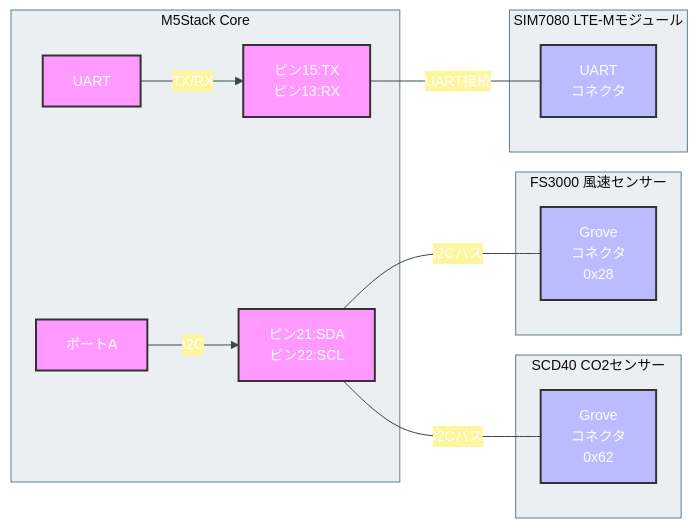
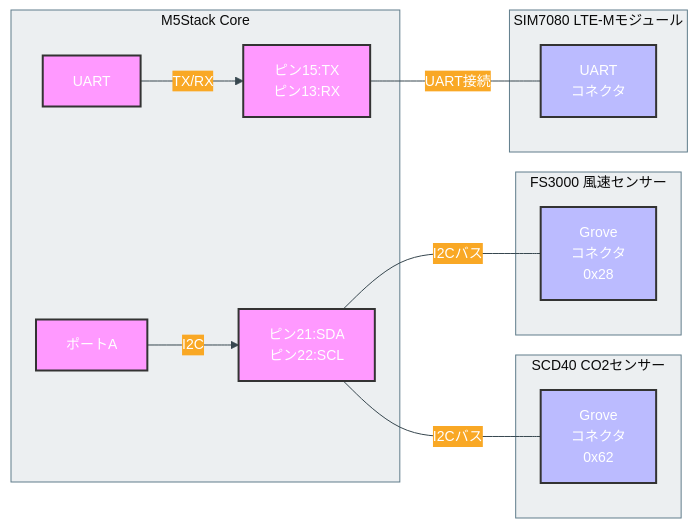
One commit to takao2704/M5stack-CO2Monitor-LTEM changed the second of 2 diagrams in README.md. Above: the diagram before and after it, drawn with Mermaid. The commit also changed other lines of this file, not shown here.

Commit message:
docs(readme): increase Mermaid edge label background contrast to #F9A825 for better readability with white text

````diff
--- a/README.md
+++ b/README.md
@@ -67,43 +67,43 @@
 ```mermaid
 %%{init: {'theme':'base', 'themeVariables': {
   'primaryColor':'#1565C0', 'primaryTextColor':'#ffffff', 'primaryBorderColor':'#0D47A1',
   'secondaryColor':'#2E7D32', 'secondaryTextColor':'#ffffff',
   'tertiaryColor':'#F5F5F5', 'lineColor':'#37474F', 'textColor':'#212121',
   'fontSize':'14px', 'fontFamily':'Inter, Roboto, Helvetica, Arial',
   'clusterBkg':'#ECEFF1', 'clusterBorder':'#607D8B',
-  'edgeLabelBackground':'#FFF59D',
+  'edgeLabelBackground':'#F9A825',
   'error':'#C62828', 'errorTextColor':'#ffffff',
   'warning':'#EF6C00', 'warningTextColor':'#ffffff',
   'success':'#2E7D32', 'successTextColor':'#ffffff'
 }}}%%
 graph LR
     subgraph "M5Stack Core"
         A[ポートA] -->|I2C| B[ピン21:SDA<br>ピン22:SCL]
         C[UART] -->|TX/RX| D[ピン15:TX<br>ピン13:RX]
     end
     
     subgraph "SCD40 CO2センサー"
         E[Grove<br>コネクタ<br>0x62]
     end
     
     subgraph "FS3000 風速センサー"
         F[Grove<br>コネクタ<br>0x28]
     end
     
     subgraph "SIM7080 LTE-Mモジュール"
         G[UART<br>コネクタ]
     end
     
     B ---|I2Cバス| E
     B ---|I2Cバス| F
     D ---|UART接続| G
     
     style A fill:#f9f,stroke:#333,stroke-width:2px
     style B fill:#f9f,stroke:#333,stroke-width:2px
     style C fill:#f9f,stroke:#333,stroke-width:2px
     style D fill:#f9f,stroke:#333,stroke-width:2px
     style E fill:#bbf,stroke:#333,stroke-width:2px
     style F fill:#bbf,stroke:#333,stroke-width:2px
     style G fill:#bbf,stroke:#333,stroke-width:2px
     
 ```
````
